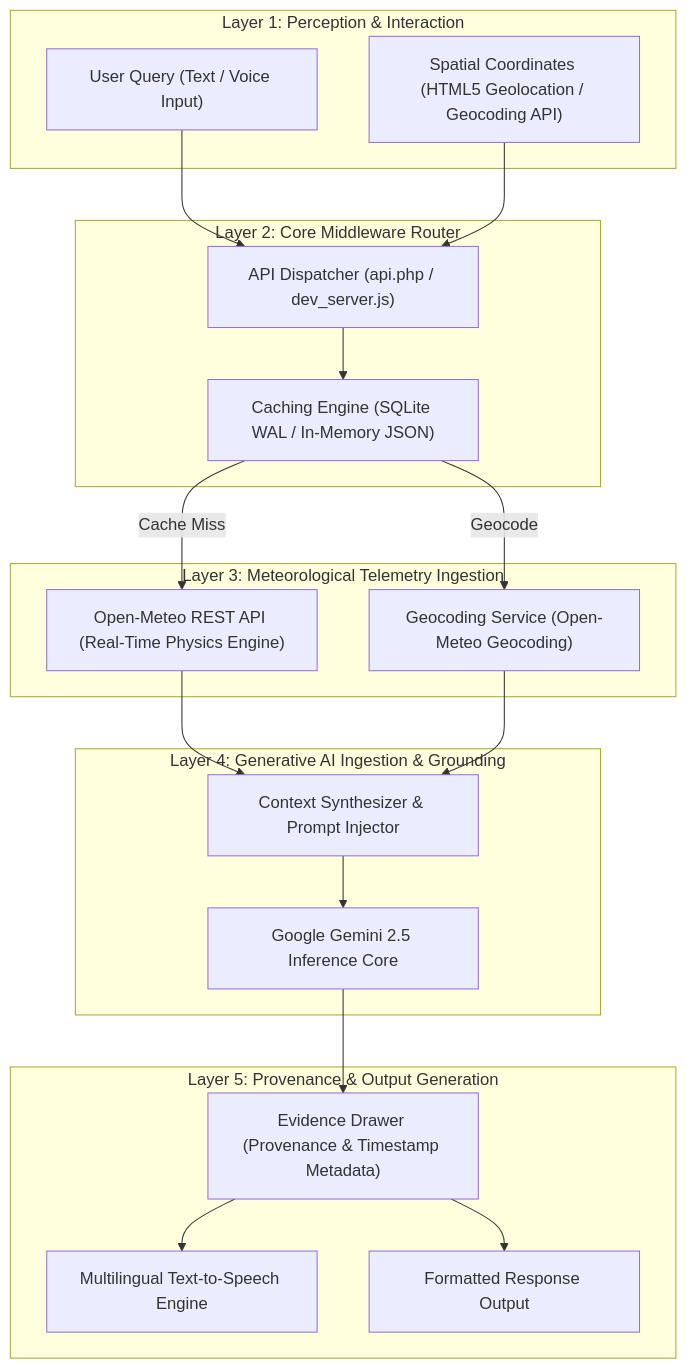
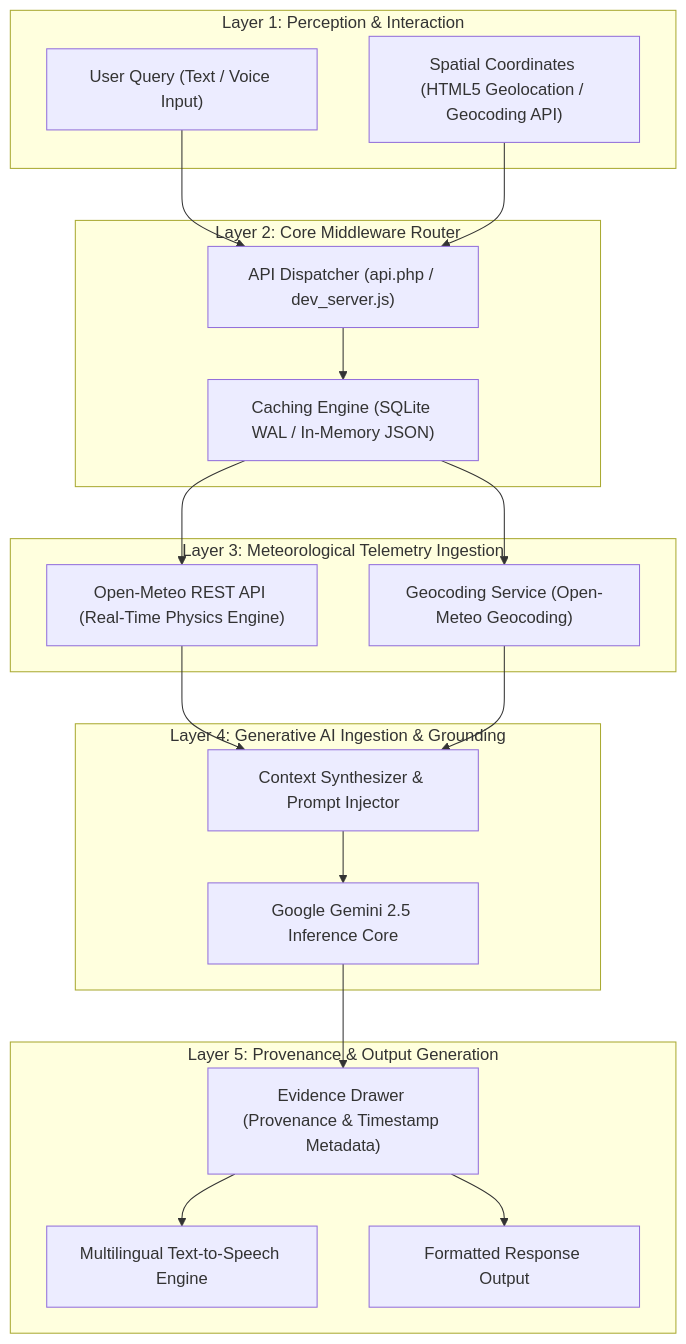
The diagram in README.md (SohamBirenKatlariwala/WeatherGPT), drawn with Mermaid before and after one commit. The commit also changed other lines of this file, not shown here.

Commit message:
docs: fix GitHub Mermaid rendering error with explicit subgraph IDs & restore section header icons

````diff
--- a/README.md
+++ b/README.md
@@ -68,40 +68,40 @@
 ```mermaid
-graph TD
-    subgraph Layer 1: Perception & Interaction
+flowchart TD
+    subgraph L1 ["Layer 1: Perception & Interaction"]
         U["User Query (Text / Voice Input)"]
         G["Spatial Coordinates (HTML5 Geolocation / Geocoding API)"]
     end
 
-    subgraph Layer 2: Core Middleware Router
+    subgraph L2 ["Layer 2: Core Middleware Router"]
         R["API Dispatcher (api.php / dev_server.js)"]
         C["Caching Engine (SQLite WAL / In-Memory JSON)"]
     end
 
-    subgraph Layer 3: Meteorological Telemetry Ingestion
+    subgraph L3 ["Layer 3: Meteorological Telemetry Ingestion"]
         OM["Open-Meteo REST API (Real-Time Physics Engine)"]
         GEO["Geocoding Service (Open-Meteo Geocoding)"]
     end
 
-    subgraph Layer 4: Generative AI Ingestion & Grounding
+    subgraph L4 ["Layer 4: Generative AI Ingestion & Grounding"]
         GEM["Google Gemini 2.5 Inference Core"]
         CTX["Context Synthesizer & Prompt Injector"]
     end
 
-    subgraph Layer 5: Provenance & Output Generation
+    subgraph L5 ["Layer 5: Provenance & Output Generation"]
         E["Evidence Drawer (Provenance & Timestamp Metadata)"]
         TTS["Multilingual Text-to-Speech Engine"]
         RESP["Formatted Response Output"]
     end
 
     U --> R
     G --> R
     R --> C
-    C -- Cache Miss --> OM
-    C -- Geocode --> GEO
+    C --> OM
+    C --> GEO
     OM --> CTX
     GEO --> CTX
     CTX --> GEM
     GEM --> E
     E --> RESP
     E --> TTS
 ```
````
